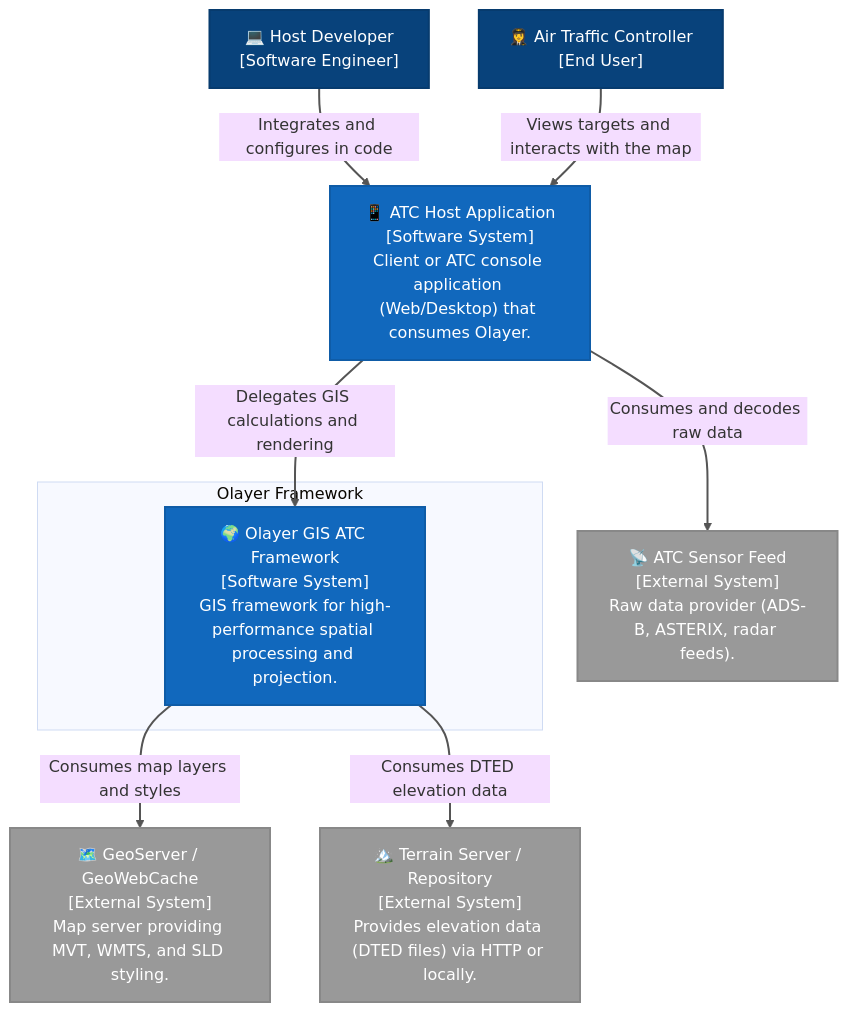
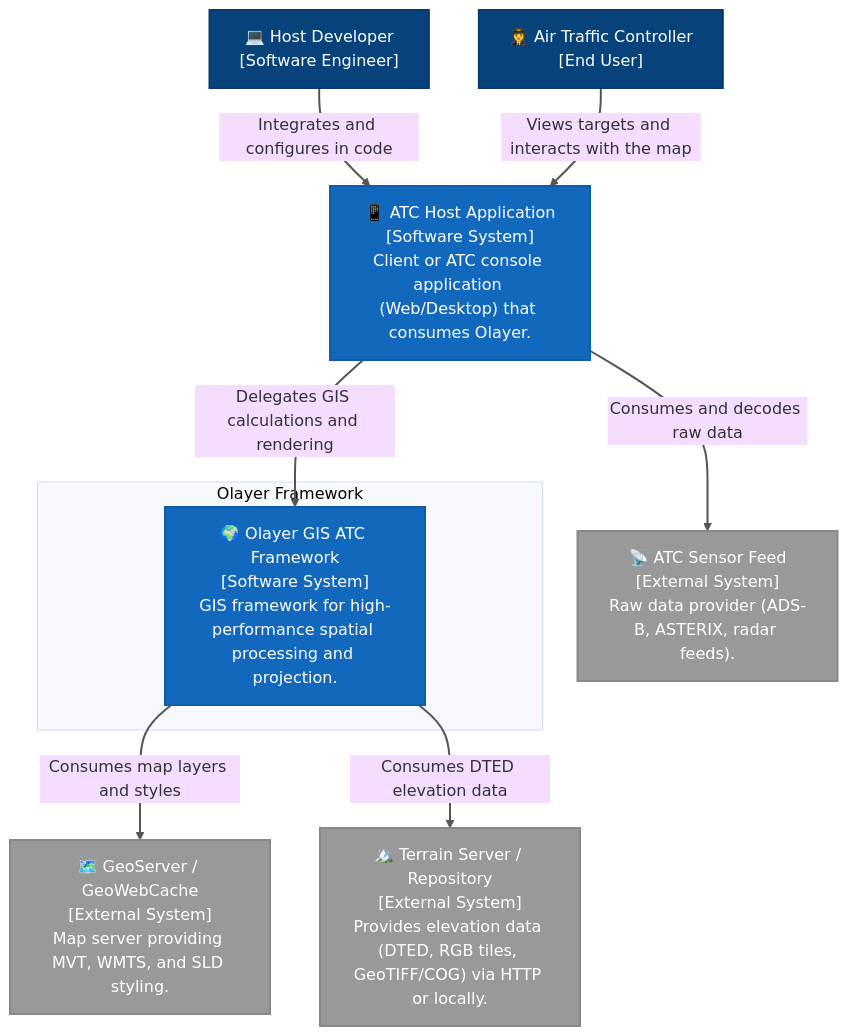
One commit to rodoni/olayer changed the first of 5 diagrams in docs/arch.md. Above: the diagram before and after it, drawn with Mermaid (base theme). The commit also changed other lines of this file and 42 other files, not shown here.

````diff
--- a/docs/arch.md
+++ b/docs/arch.md
@@ -12,32 +12,32 @@
 ```mermaid
 graph TB
     %% C4 node styles
     classDef person fill:#08427B,stroke:#073b6e,color:#ffffff,stroke-width:2px;
     classDef system fill:#1168BD,stroke:#0f5ca7,color:#ffffff,stroke-width:2px;
     classDef external fill:#999999,stroke:#888888,color:#ffffff,stroke-width:2px;
 
     %% Actors
     user["👩‍✈️ Air Traffic Controller<br>[End User]"]:::person
     dev["💻 Host Developer<br>[Software Engineer]"]:::person
     
     %% Main System (Olayer Boundary)
     subgraph Olayer_Boundary ["Olayer Framework"]
         olayer["🌍 Olayer GIS ATC Framework<br>[Software System]<br>GIS framework for high-performance spatial processing and projection."]:::system
     end
     
     %% External Systems
     host_app["📱 ATC Host Application<br>[Software System]<br>Client or ATC console application (Web/Desktop) that consumes Olayer."]:::system
     geoserver["🗺️ GeoServer / GeoWebCache<br>[External System]<br>Map server providing MVT, WMTS, and SLD styling."]:::external
     sensor_feed["📡 ATC Sensor Feed<br>[External System]<br>Raw data provider (ADS-B, ASTERIX, radar feeds)."]:::external
-    terrain_source["🏔️ Terrain Server / Repository<br>[External System]<br>Provides elevation data (DTED files) via HTTP or locally."]:::external
+        terrain_source["🏔️ Terrain Server / Repository<br>[External System]<br>Provides elevation data (DTED, RGB tiles, GeoTIFF/COG) via HTTP or locally."]:::external
     
     %% Relationships
     dev -->|Integrates and configures in code| host_app
     user -->|Views targets and interacts with the map| host_app
     host_app -->|Delegates GIS calculations and rendering| olayer
     host_app -->|Consumes and decodes raw data| sensor_feed
     olayer -->|Consumes map layers and styles| geoserver
     olayer -->|Consumes DTED elevation data| terrain_source
 
     linkStyle 0,1,2,3,4,5 stroke:#555,stroke-width:2px;
 ```
````
